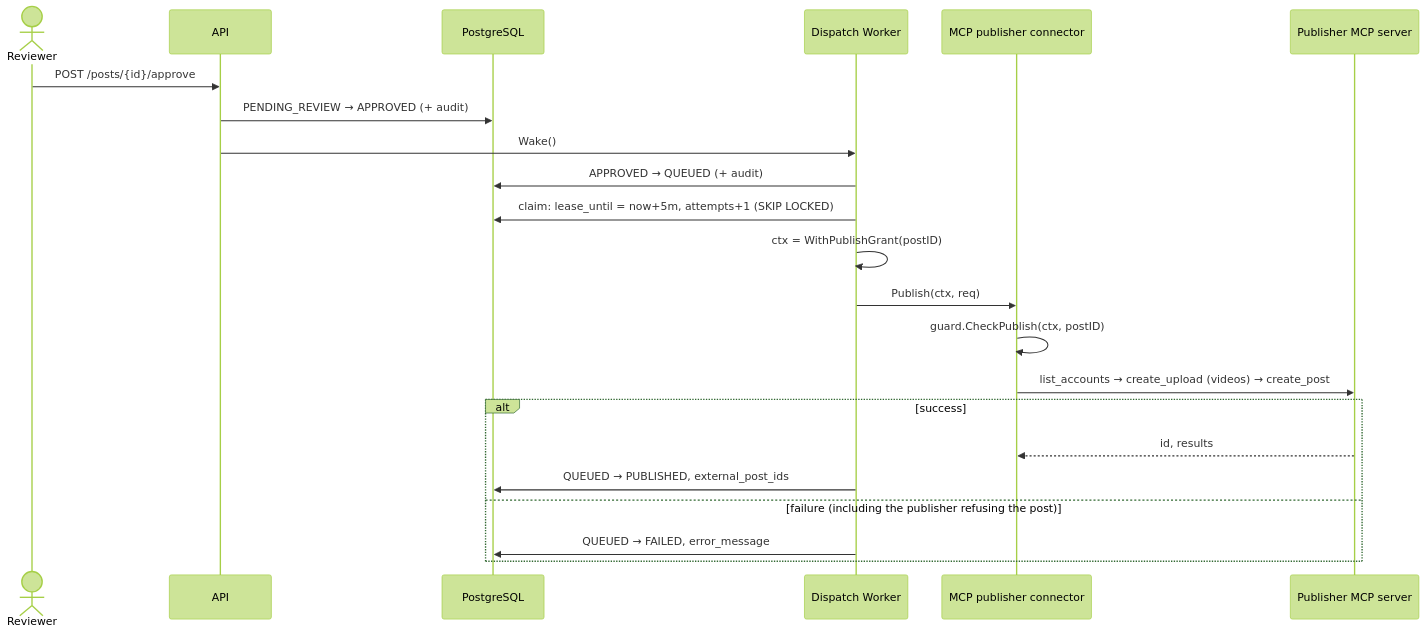
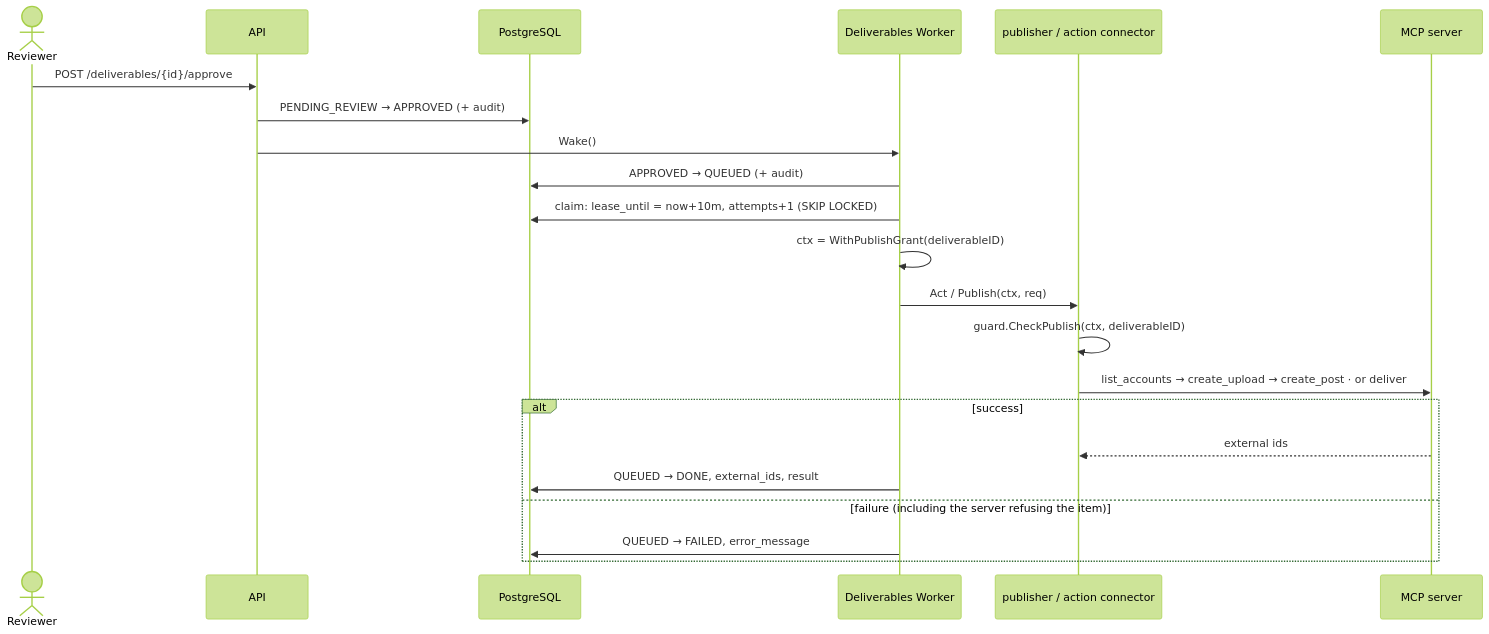
One commit to j75689/cueflow changed the fifth of 6 diagrams in docs/architecture.md. Above: the diagram before and after it, drawn with Mermaid (forest theme). The commit also changed other lines of this file and 14 other files, not shown here.

````diff
--- a/docs/architecture.md
+++ b/docs/architecture.md
@@ -256,25 +263,25 @@
 ```mermaid
 sequenceDiagram
     actor R as Reviewer
     participant API
     participant DB as PostgreSQL
-    participant W as Dispatch Worker
-    participant P as MCP publisher connector
-    participant Z as Publisher MCP server
+    participant W as Deliverables Worker
+    participant P as publisher / action connector
+    participant Z as MCP server
 
-    R->>API: POST /posts/{id}/approve
+    R->>API: POST /deliverables/{id}/approve
     API->>DB: PENDING_REVIEW → APPROVED (+ audit)
     API->>W: Wake()
     W->>DB: APPROVED → QUEUED (+ audit)
-    W->>DB: claim: lease_until = now+5m, attempts+1 (SKIP LOCKED)
-    W->>W: ctx = WithPublishGrant(postID)
-    W->>P: Publish(ctx, req)
-    P->>P: guard.CheckPublish(ctx, postID)
-    P->>Z: list_accounts → create_upload (videos) → create_post
+    W->>DB: claim: lease_until = now+10m, attempts+1 (SKIP LOCKED)
+    W->>W: ctx = WithPublishGrant(deliverableID)
+    W->>P: Act / Publish(ctx, req)
+    P->>P: guard.CheckPublish(ctx, deliverableID)
+    P->>Z: list_accounts → create_upload → create_post · or deliver
     alt success
-        Z-->>P: id, results
-        W->>DB: QUEUED → PUBLISHED, external_post_ids
-    else failure (including the publisher refusing the post)
+        Z-->>P: external ids
+        W->>DB: QUEUED → DONE, external_ids, result
+    else failure (including the server refusing the item)
         W->>DB: QUEUED → FAILED, error_message
     end
 ```
````
